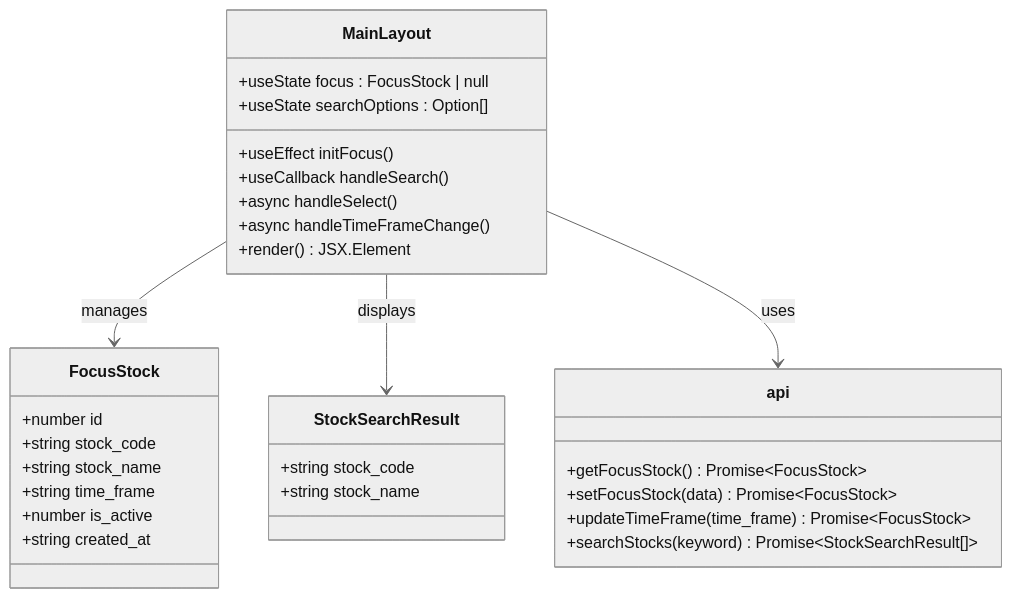
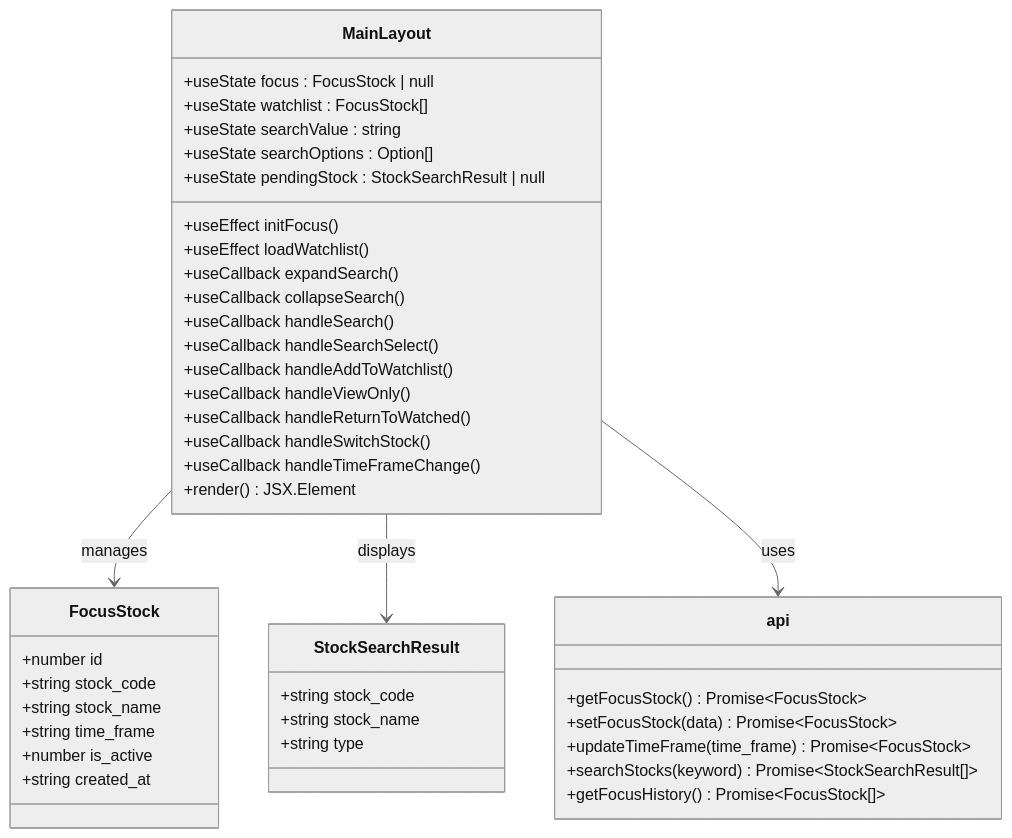
Before and after one commit to Moruime/stock_foker: the third of 13 diagrams in .qoder/repowiki/zh/content/前端组件/布局组件.md, drawn with Mermaid (neutral theme). The commit also changed other lines of this file and 22 other files, not shown here.

````diff
--- a/.qoder/repowiki/zh/content/前端组件/布局组件.md
+++ b/.qoder/repowiki/zh/content/前端组件/布局组件.md
@@ -133,33 +151,45 @@
 ```mermaid
 classDiagram
 class MainLayout {
 +useState focus : FocusStock | null
++useState watchlist : FocusStock[]
++useState searchValue : string
 +useState searchOptions : Option[]
++useState pendingStock : StockSearchResult | null
 +useEffect initFocus()
++useEffect loadWatchlist()
++useCallback expandSearch()
++useCallback collapseSearch()
 +useCallback handleSearch()
-+async handleSelect()
-+async handleTimeFrameChange()
++useCallback handleSearchSelect()
++useCallback handleAddToWatchlist()
++useCallback handleViewOnly()
++useCallback handleReturnToWatched()
++useCallback handleSwitchStock()
++useCallback handleTimeFrameChange()
 +render() JSX.Element
 }
 class FocusStock {
 +number id
 +string stock_code
 +string stock_name
 +string time_frame
 +number is_active
 +string created_at
 }
 class StockSearchResult {
 +string stock_code
 +string stock_name
++string type
 }
 class api {
 +getFocusStock() Promise~FocusStock~
 +setFocusStock(data) Promise~FocusStock~
 +updateTimeFrame(time_frame) Promise~FocusStock~
 +searchStocks(keyword) Promise~StockSearchResult[]~
++getFocusHistory() Promise~FocusStock[]~
 }
 MainLayout --> FocusStock : manages
 MainLayout --> StockSearchResult : displays
 MainLayout --> api : uses
 ```
````
